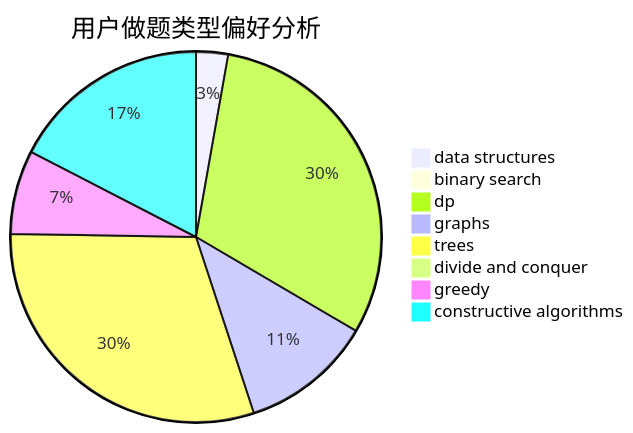
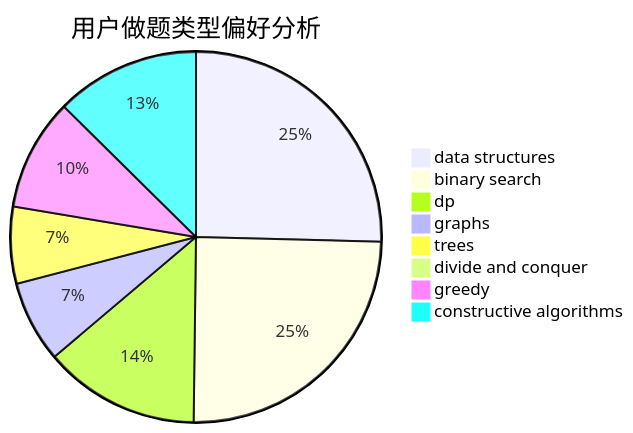
The second of 3 diagrams in docs/user/u1757.md (sherpahu/cfrs.github.io), drawn with Mermaid before and after one commit. The commit also changed other lines of this file and 2770 other files, not shown here.

````diff
--- a/docs/user/u1757.md
+++ b/docs/user/u1757.md
@@ -23,11 +23,11 @@
 ```mermaid
 pie title 用户做题类型偏好分析
-    "data structures" :  8
-    "binary search" :  2
-    "dp" :  88
-    "graphs" :  33
-    "trees" :  87
+    "data structures" :  125
+    "binary search" :  122
+    "dp" :  67
+    "graphs" :  35
+    "trees" :  33
     "divide and conquer" :  0
-    "greedy" :  21
-    "constructive algorithms" :  50
+    "greedy" :  48
+    "constructive algorithms" :  62
 ```
````
